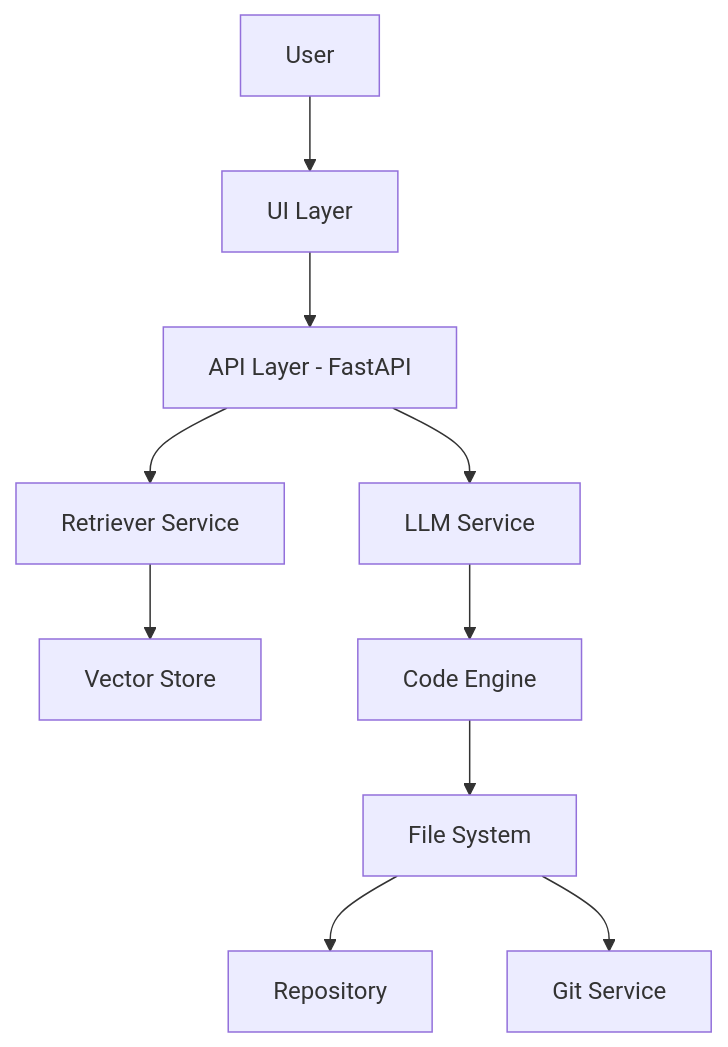
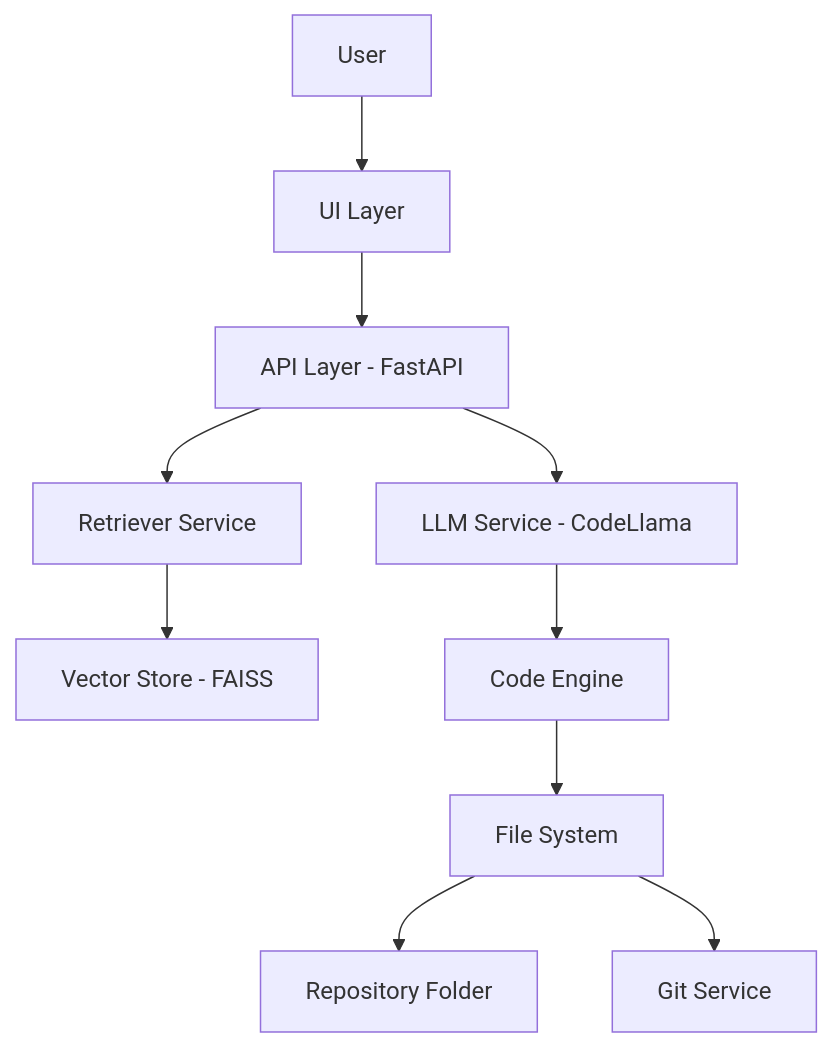
Before and after one commit to Manikandan-Parasuraman/intelligent-code-platform: the diagram in README.md, drawn with Mermaid. The commit also changed other lines of this file and 28 other files, not shown here.

````diff
--- a/README.md
+++ b/README.md
@@ -35,12 +40,12 @@
 ```mermaid
 graph TD
     A[User] --> B[UI Layer]
     B --> C[API Layer - FastAPI]
     C --> D[Retriever Service]
-    D --> E[Vector Store]
-    C --> F[LLM Service]
+    D --> E[Vector Store - FAISS]
+    C --> F[LLM Service - CodeLlama]
     F --> G[Code Engine]
     G --> H[File System]
-    H --> I[Repository]
+    H --> I[Repository Folder]
     H --> J[Git Service]
 ```
````
